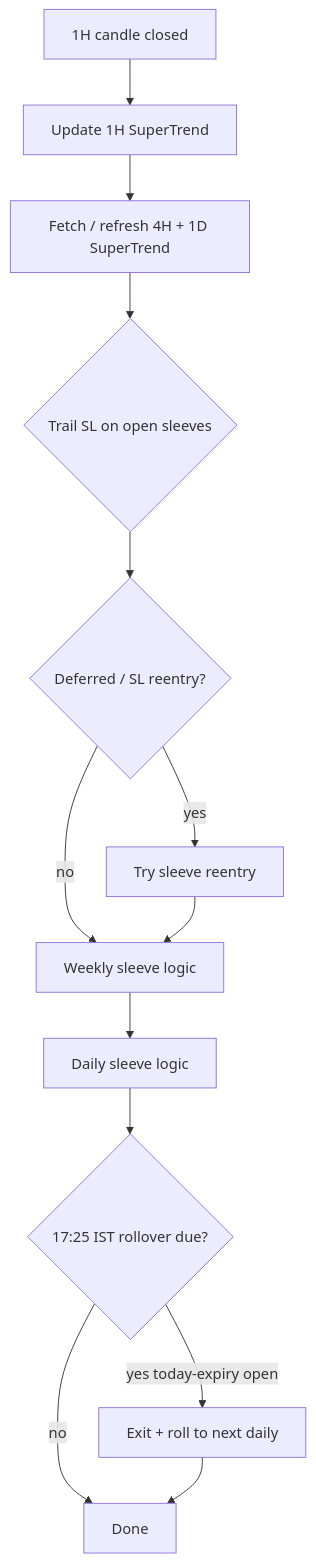
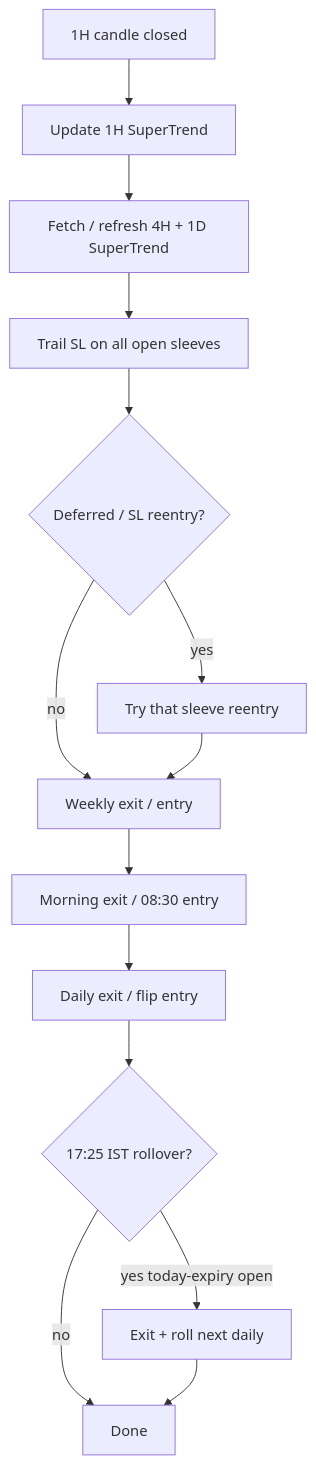
Before and after one commit to Eshwar066/Dhan-codebase: the first of 5 diagrams in core/strategies/crypto/DirectionalOptionSelling/readme.md, drawn with Mermaid. The commit also changed other lines of this file and 4 other files, not shown here.

````diff
--- a/core/strategies/crypto/DirectionalOptionSelling/readme.md
+++ b/core/strategies/crypto/DirectionalOptionSelling/readme.md
@@ -38,15 +102,16 @@
 ```mermaid
 flowchart TD
     A[1H candle closed] --> B[Update 1H SuperTrend]
     B --> C[Fetch / refresh 4H + 1D SuperTrend]
-    C --> D{Trail SL on open sleeves}
+    C --> D[Trail SL on all open sleeves]
     D --> E{Deferred / SL reentry?}
-    E -->|yes| F[Try sleeve reentry]
-    E -->|no| G[Weekly sleeve logic]
+    E -->|yes| F[Try that sleeve reentry]
+    E -->|no| G[Weekly exit / entry]
     F --> G
-    G --> H[Daily sleeve logic]
-    H --> I{17:25 IST rollover due?}
-    I -->|yes today-expiry open| J[Exit + roll to next daily]
-    I -->|no| K[Done]
-    J --> K
+    G --> H[Morning exit / 08:30 entry]
+    H --> I[Daily exit / flip entry]
+    I --> J{17:25 IST rollover?}
+    J -->|yes today-expiry open| K[Exit + roll next daily]
+    J -->|no| L[Done]
+    K --> L
 ```
````
